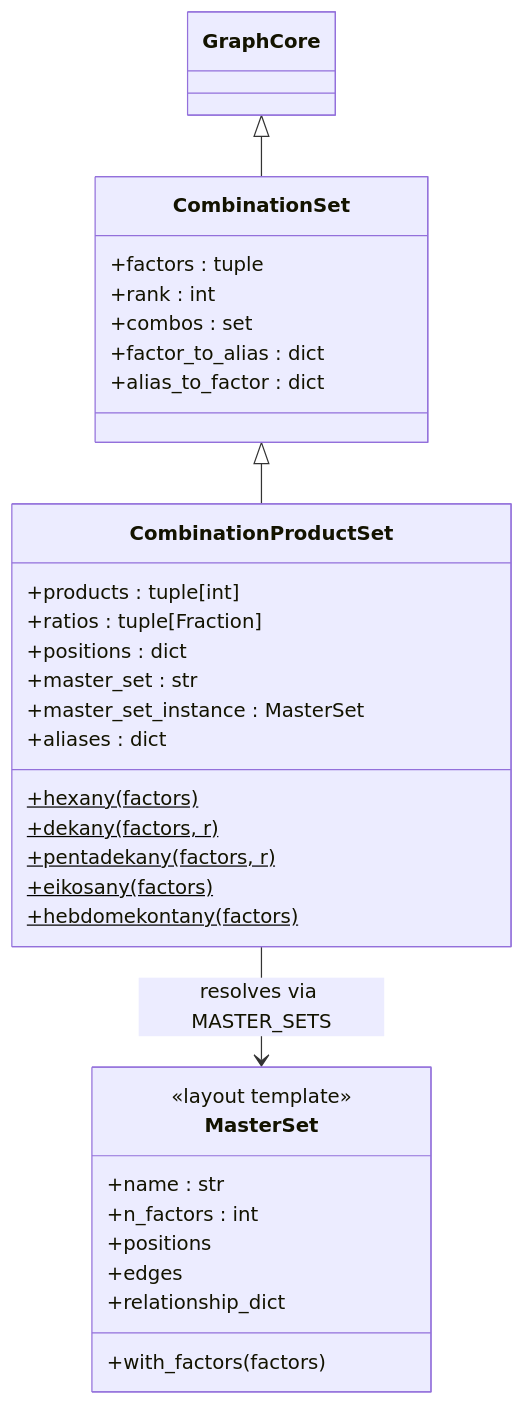
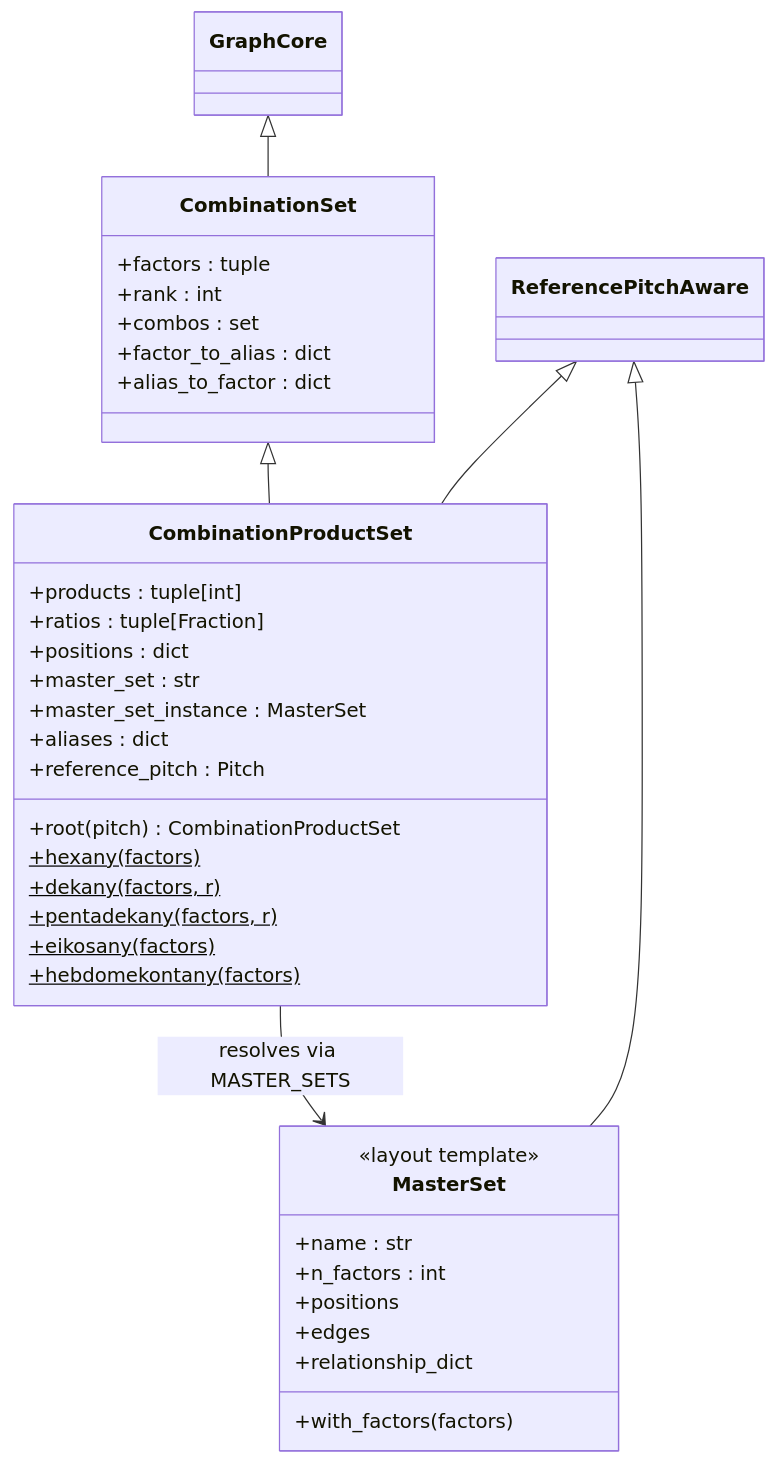
The fifth of 6 diagrams in docs/architecture/03_TONOS.md (kr4g/Klotho), drawn with Mermaid before and after one commit. The commit also changed other lines of this file and 14 other files, not shown here.

First line of the commit message:
Refresh architecture docs and Sphinx index for 10.x API (10.11.1)

````diff
--- a/docs/architecture/03_TONOS.md
+++ b/docs/architecture/03_TONOS.md
@@ -326,39 +415,43 @@
 ```mermaid
 classDiagram
     GraphCore <|-- CombinationSet
     CombinationSet <|-- CombinationProductSet
+    ReferencePitchAware <|-- CombinationProductSet
+    ReferencePitchAware <|-- MasterSet
 
     class CombinationSet {
         +factors : tuple
         +rank : int
         +combos : set
         +factor_to_alias : dict
         +alias_to_factor : dict
     }
 
     class CombinationProductSet {
         +products : tuple[int]
         +ratios : tuple[Fraction]
         +positions : dict
         +master_set : str
         +master_set_instance : MasterSet
         +aliases : dict
+        +reference_pitch : Pitch
+        +root(pitch) CombinationProductSet
         +hexany(factors)$
         +dekany(factors, r)$
         +pentadekany(factors, r)$
         +eikosany(factors)$
         +hebdomekontany(factors)$
     }
 
     class MasterSet {
         <<layout template>>
         +name : str
         +n_factors : int
         +positions
         +edges
         +relationship_dict
         +with_factors(factors)
     }
 
     CombinationProductSet --> MasterSet : resolves via MASTER_SETS
 ```
````
